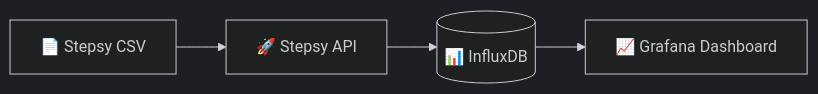
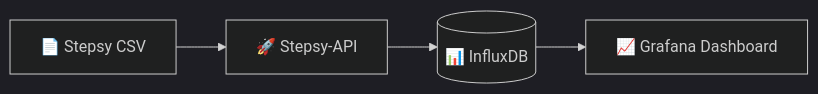
The first of 5 diagrams in README.md (nikoswu/StepStack), drawn with Mermaid (dark theme) before and after one commit. The commit also changed other lines of this file, not shown here.

First line of the commit message:
Rename Stepsy to Stepsy-API in README

````diff
--- a/README.md
+++ b/README.md
@@ -15,6 +15,6 @@
 ```mermaid
 flowchart LR
-    A[📄 Stepsy CSV] --> B[🚀 Stepsy API]
+    A[📄 Stepsy CSV] --> B[🚀 Stepsy-API]
     B --> C[(📊 InfluxDB)]
     C --> D[📈 Grafana Dashboard]
 ```
````
